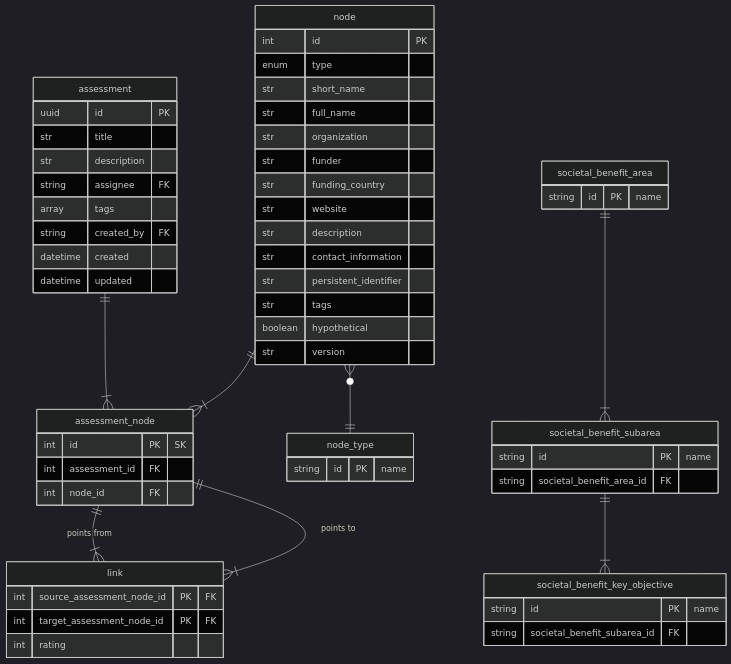
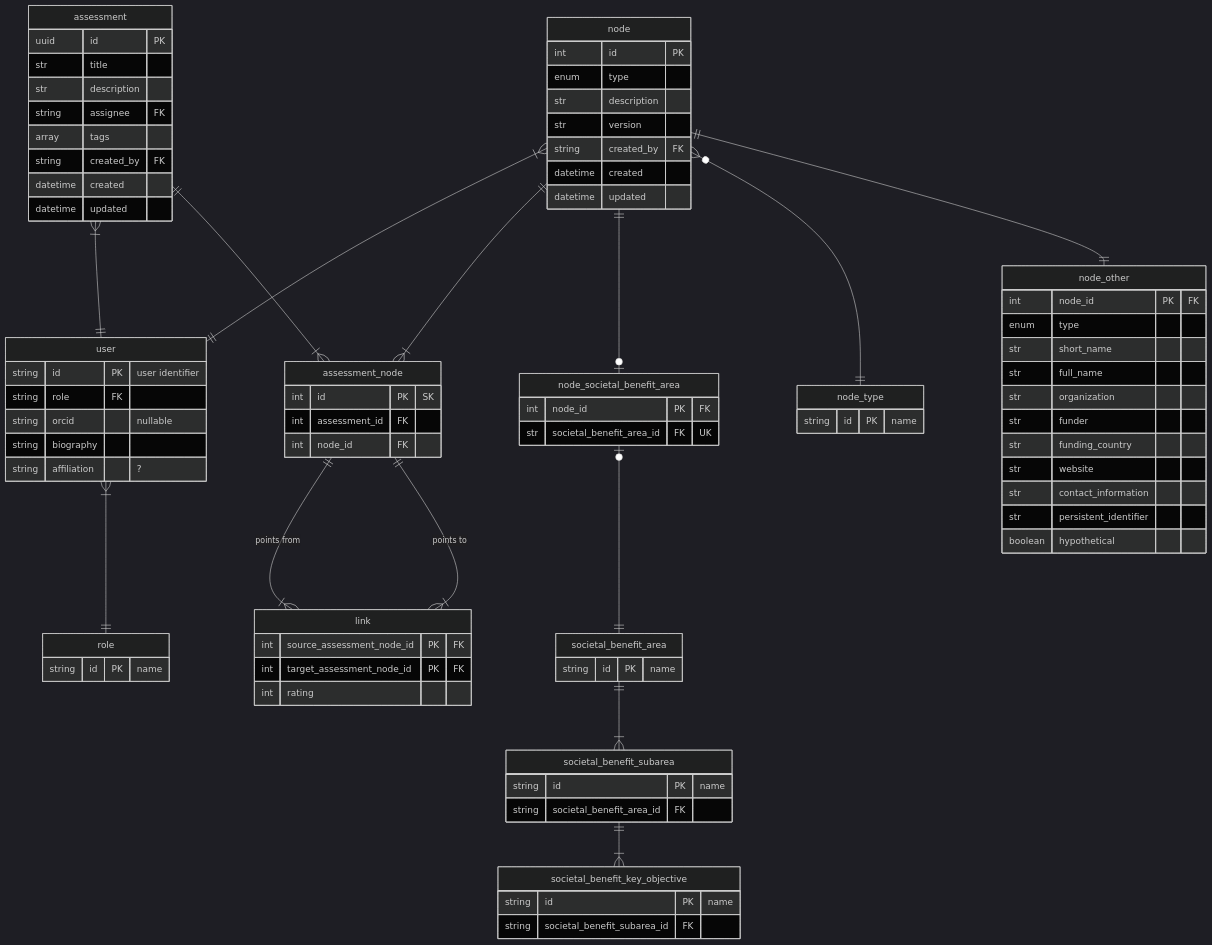
Before and after one commit to nsidc/usaon-benefit-tool: the diagram in doc/reference/data_model.md, drawn with Mermaid (dark theme). The commit also changed other lines of this file, not shown here.

Commit message:
Data model with node/links/library updates

````diff
--- a/doc/reference/data_model.md
+++ b/doc/reference/data_model.md
@@ -8,5 +1,17 @@
 ```mermaid
 erDiagram
+
+user {	
+    string id PK "user identifier"	
+    string role FK	
+    string orcid "nullable"	
+    string biography	
+    string affiliation "?"	
+}
+
+role {	
+    string id PK "name"	
+}
 
 %% Dynamic operational data:
 assessment {
@@ -46,21 +51,38 @@
     int id PK
     
     enum type
+
+    str description
+    %% not implemented in the app
+    %% str tags
+    str version
+
+    string created_by FK
+    datetime created
+    datetime updated
+
+}
+
+node_other{
+    int node_id PK "FK"
+    %% str societal_benefit_area_id FK "UK"
+
+    enum type
     str short_name
     str full_name
     str organization
     str funder
     str funding_country
     str website
-    str description
     str contact_information
     str persistent_identifier
-    str tags
     boolean hypothetical
-    str version
-
 }
 
+node_societal_benefit_area {
+    int node_id PK "FK"
+    str societal_benefit_area_id FK "UK"
+}
 
 
 %% Static reference data:
@@ -82,15 +104,23 @@
 
 %% Relationships
 
+assessment }|--|| user: ""	
+user }|--|| role: ""
+node }|--|| user: ""	
+
+
 assessment_node ||--|{ link: "points from"
 assessment_node ||--|{ link: "points to"
 
 node ||--|{ assessment_node: ""
 assessment ||--|{ assessment_node: ""
 
-node }o--|| node_type: ""
+node ||--o| node_societal_benefit_area: ""
+node_societal_benefit_area |o--|| societal_benefit_area: ""
 
 
+node }o--|| node_type: ""
+node ||--|| node_other: ""
 
 
 societal_benefit_area ||--|{ societal_benefit_subarea: ""
````
